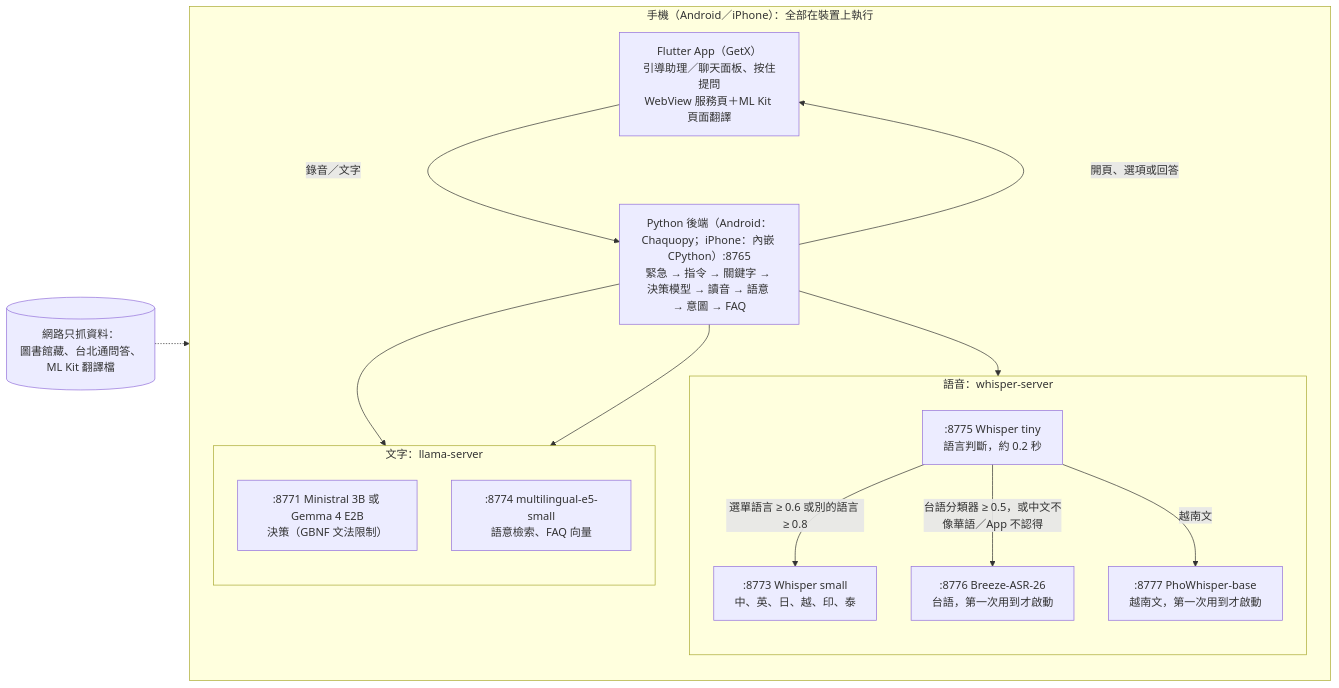
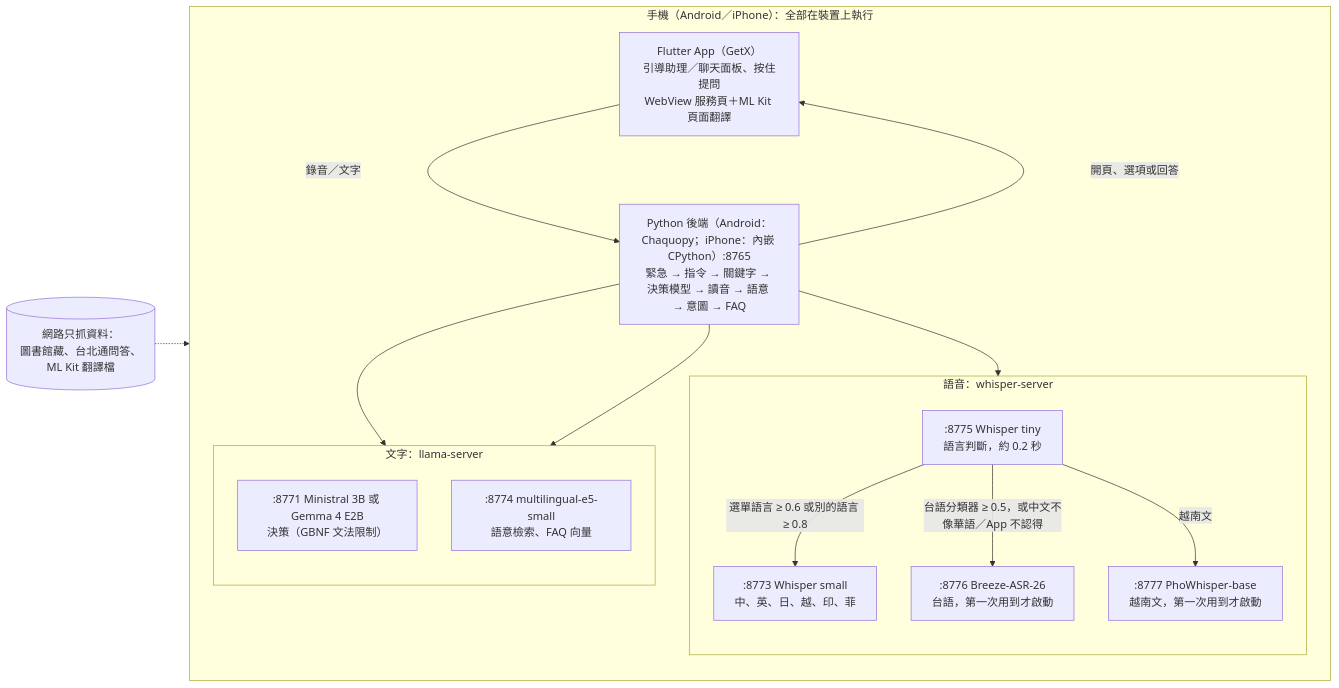
Before and after one commit to goodmorning1226/TownPass: the first of 2 diagrams in README.md, drawn with Mermaid. The commit also changed other lines of this file and 55 other files, not shown here.

````diff
--- a/README.md
+++ b/README.md
@@ -180,31 +180,31 @@
 ```mermaid
 flowchart LR
     subgraph phone["手機（Android／iPhone）：全部在裝置上執行"]
         direction TB
         app["Flutter App（GetX）<br/>引導助理／聊天面板、按住提問<br/>WebView 服務頁＋ML Kit 頁面翻譯"]
         backend["Python 後端（Android：Chaquopy；iPhone：內嵌 CPython）:8765<br/>緊急 → 指令 → 關鍵字 → 決策模型 → 讀音 → 語意 → 意圖 → FAQ"]
         subgraph speech["語音：whisper-server"]
             direction TB
             tiny[":8775 Whisper tiny<br/>語言判斷，約 0.2 秒"]
-            small[":8773 Whisper small<br/>中、英、日、越、印、泰"]
+            small[":8773 Whisper small<br/>中、英、日、越、印、菲"]
             breeze[":8776 Breeze-ASR-26<br/>台語，第一次用到才啟動"]
             pho[":8777 PhoWhisper-base<br/>越南文，第一次用到才啟動"]
         end
         subgraph llm["文字：llama-server"]
             direction TB
             decide[":8771 Ministral 3B 或 Gemma 4 E2B<br/>決策（GBNF 文法限制）"]
             e5[":8774 multilingual-e5-small<br/>語意檢索、FAQ 向量"]
         end
     end
     net[("網路只抓資料：<br/>圖書館藏、台北通問答、ML Kit 翻譯檔")]
 
     app -->|"錄音／文字"| backend
     backend -->|"開頁、選項或回答"| app
     backend --> tiny
     tiny -->|"選單語言 ≥ 0.6 或別的語言 ≥ 0.8"| small
     tiny -->|"台語分類器 ≥ 0.5，或中文不像華語／App 不認得"| breeze
     tiny -->|"越南文"| pho
     backend --> decide
     backend --> e5
     net -.-> app
 ```
````
